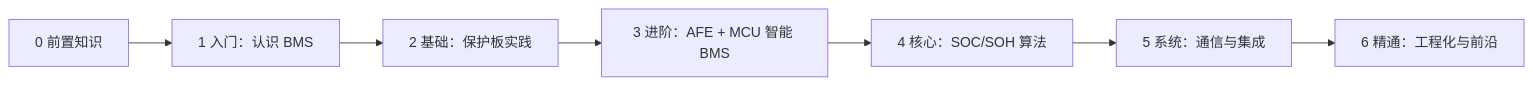
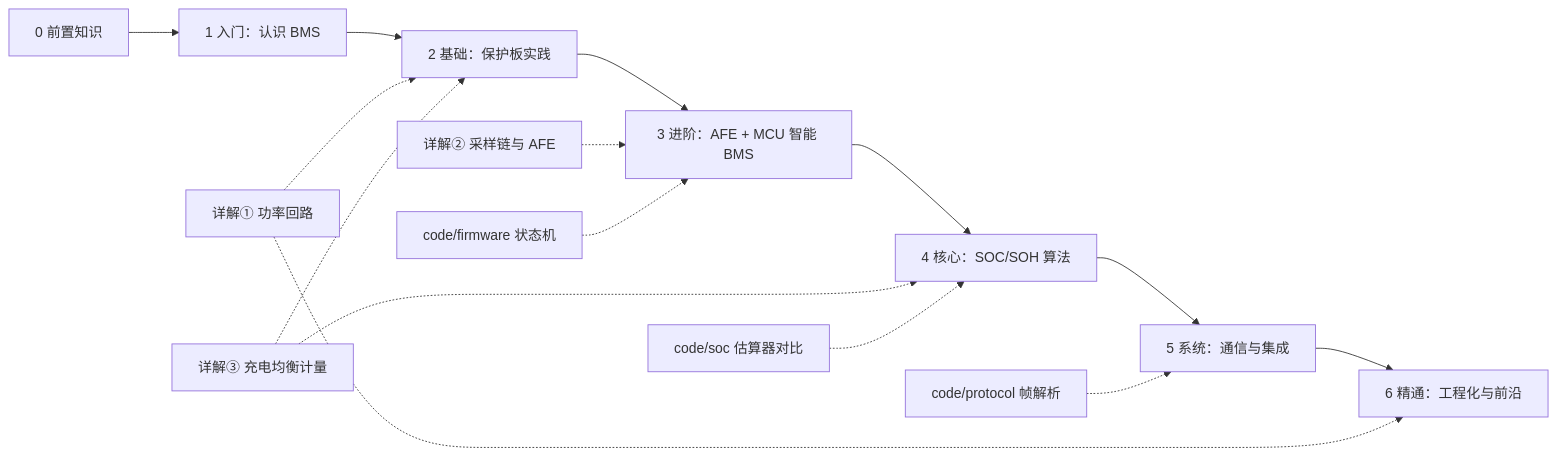
Before and after one commit to zhuguang-ZFG/BMS-Z: the diagram in docs/bms-resources.md, drawn with Mermaid. The commit also changed other lines of this file and 9 other files, not shown here.

````diff
--- a/docs/bms-resources.md
+++ b/docs/bms-resources.md
@@ -9,9 +9,18 @@
 ```mermaid
 flowchart LR
     A["0 前置知识"] --> B["1 入门：认识 BMS"]
     B --> C["2 基础：保护板实践"]
     C --> D["3 进阶：AFE + MCU 智能 BMS"]
     D --> E["4 核心：SOC/SOH 算法"]
     E --> F["5 系统：通信与集成"]
     F --> G["6 精通：工程化与前沿"]
+
+    H["详解① 功率回路"] -.-> C
+    H -.-> G
+    I["详解② 采样链与 AFE"] -.-> D
+    J["详解③ 充电均衡计量"] -.-> C
+    J -.-> E
+    K["code/firmware 状态机"] -.-> D
+    L["code/soc 估算器对比"] -.-> E
+    M["code/protocol 帧解析"] -.-> F
 ```
````
